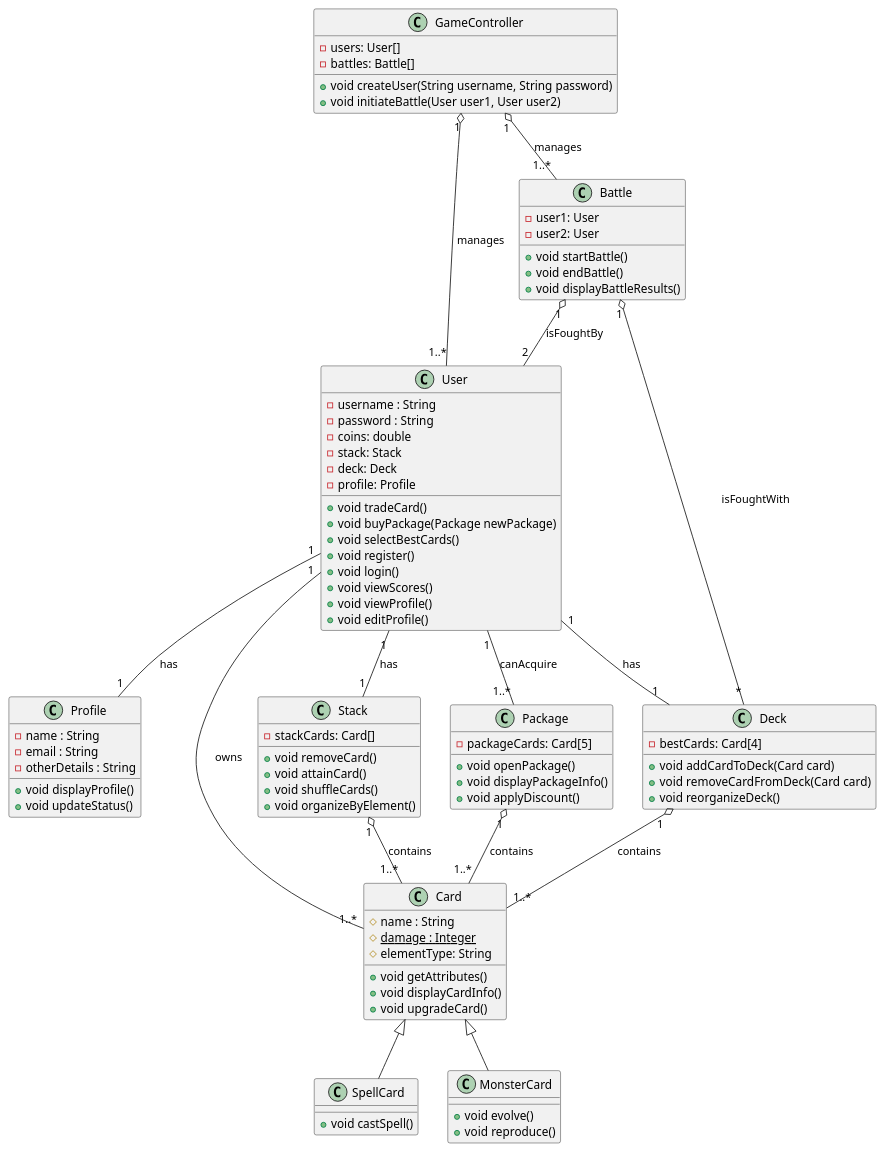
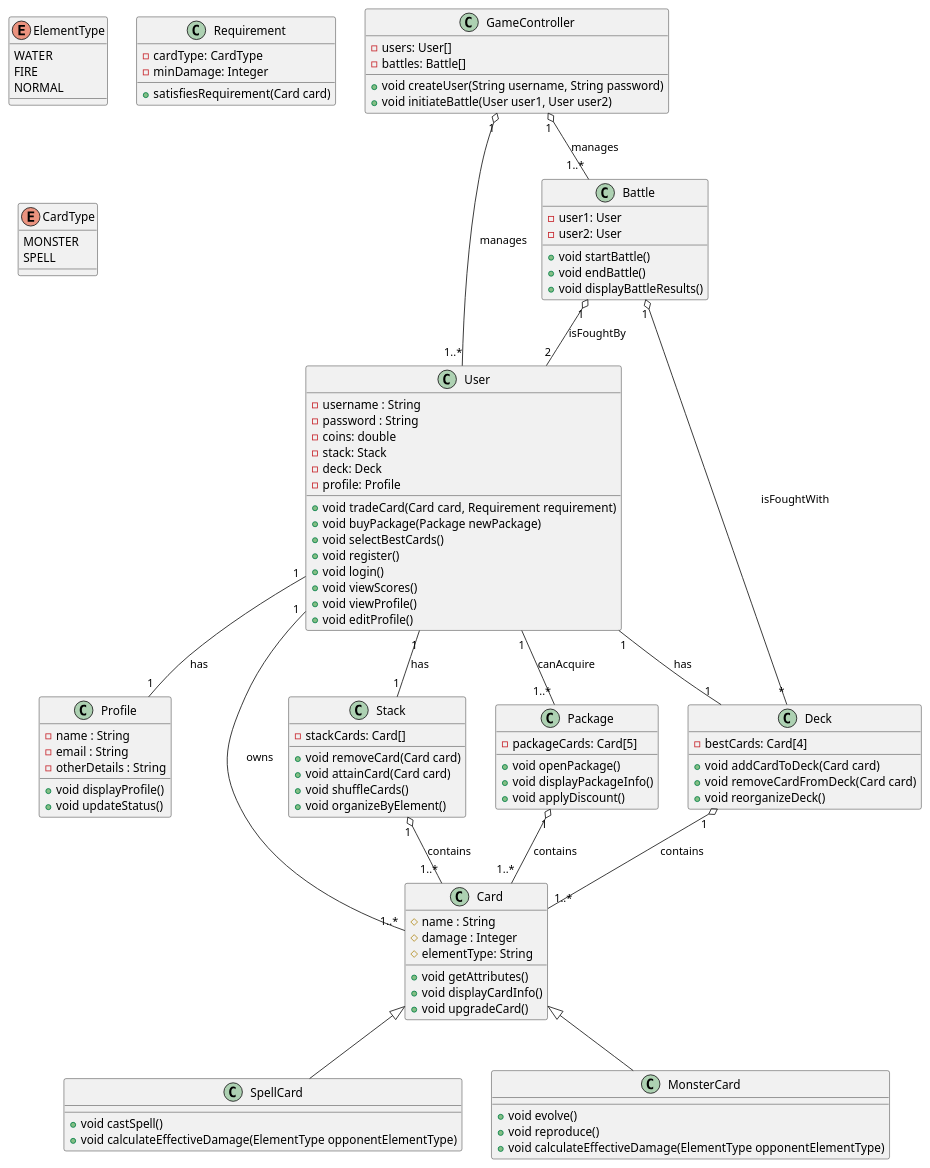
One commit to gregory567/Monster-Trading-Cards-Game-MTCG changed the diagram in src/main/java/org/example/Klassen.puml. Above: the diagram before and after it, drawn with PlantUML. The commit also changed 1 other file, not shown here.

Commit message:
removed 1 unnecessary include statement and updated the plantUML diagram

```diff
--- a/src/main/java/org/example/Klassen.puml
+++ b/src/main/java/org/example/Klassen.puml
@@ -1,103 +1,122 @@
 @startuml
 'https://plantuml.com/sequence-diagram
 
 class User {
     - username : String
     - password : String
     - coins: double
     - stack: Stack
     - deck: Deck
     - profile: Profile
-    + void tradeCard()
+    + void tradeCard(Card card, Requirement requirement)
     + void buyPackage(Package newPackage)
     + void selectBestCards()
     + void register()
     + void login()
     + void viewScores()
     + void viewProfile()
     + void editProfile()
 }
 
 class Profile {
     - name : String
     - email : String
     - otherDetails : String
     + void displayProfile()
     + void updateStatus()
 }
 
 class Card {
     # name : String
-    # damage : Integer {static}
+    # damage : Integer
     # elementType: String
     + void getAttributes()
     + void displayCardInfo()
     + void upgradeCard()
 }
 
 class SpellCard {
     + void castSpell()
+    + void calculateEffectiveDamage(ElementType opponentElementType)
 }
 
 class MonsterCard {
     + void evolve()
     + void reproduce()
+    + void calculateEffectiveDamage(ElementType opponentElementType)
 }
 
 class Stack{
     - stackCards: Card[]
-    + void removeCard()
-    + void attainCard()
+    + void removeCard(Card card)
+    + void attainCard(Card card)
     + void shuffleCards()
     + void organizeByElement()
 }
 
 class Package {
     - packageCards: Card[5]
     + void openPackage()
     + void displayPackageInfo()
     + void applyDiscount()
 }
 
 class Deck {
     - bestCards: Card[4]
     + void addCardToDeck(Card card)
     + void removeCardFromDeck(Card card)
     + void reorganizeDeck()
+}
+
+enum ElementType {
+    WATER
+    FIRE
+    NORMAL
+}
+
+class Requirement {
+    - cardType: CardType
+    - minDamage: Integer
+    + satisfiesRequirement(Card card)
+}
+
+enum CardType {
+    MONSTER
+    SPELL
 }
 
 class Battle {
     - user1: User
     - user2: User
     + void startBattle()
     + void endBattle()
     + void displayBattleResults()
 }
 
 class GameController {
     - users: User[]
     - battles: Battle[]
     + void createUser(String username, String password)
     + void initiateBattle(User user1, User user2)
 }
 
 Card <|-- MonsterCard
 Card <|-- SpellCard
 
 User "1" -- "1..*" Card : owns
 User "1" -- "1" Deck : has
 User "1" -- "1..*" Package : canAcquire
 User "1" -- "1" Stack : has
 User "1" -- "1" Profile : has
 
 Stack "1" o-- "1..*" Card : contains
 Package "1" o-- "1..*" Card : contains
 Deck "1" o-- "1..*" Card : contains
 
 Battle "1" o-- "*" Deck : isFoughtWith
 Battle "1" o-- "2" User : isFoughtBy
 
 GameController "1" o-- "1..*" User : manages
 GameController "1" o-- "1..*" Battle : manages
 
 @enduml
```
